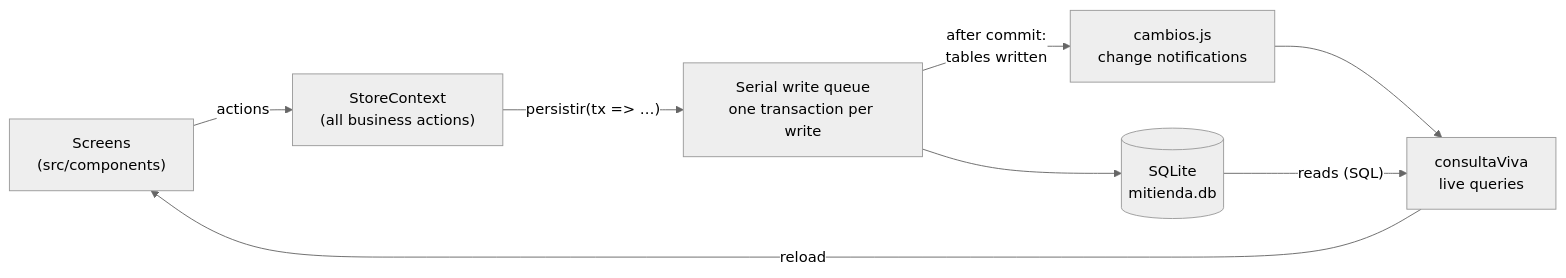
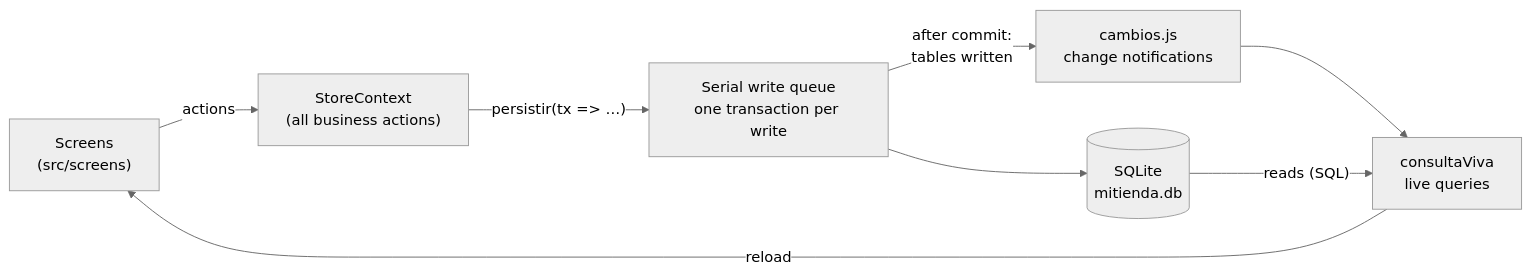
One commit to sosagonzales0409-max/LudyShop changed the diagram in README.md. Above: the diagram before and after it, drawn with Mermaid (neutral theme). The commit also changed other lines of this file and 89 other files, not shown here.

First line of the commit message:
Reorganiza src/components en screens, modals, ui y navigation

````diff
--- a/README.md
+++ b/README.md
@@ -76,10 +76,10 @@
 ```mermaid
 flowchart LR
-    UI["Screens<br/>(src/components)"] -->|actions| CTX["StoreContext<br/>(all business actions)"]
+    UI["Screens<br/>(src/screens)"] -->|actions| CTX["StoreContext<br/>(all business actions)"]
     CTX -->|"persistir(tx => …)"| Q["Serial write queue<br/>one transaction per write"]
     Q --> DB[("SQLite<br/>mitienda.db")]
     Q -->|"after commit:<br/>tables written"| EV["cambios.js<br/>change notifications"]
     EV --> LIVE["consultaViva<br/>live queries"]
     LIVE -->|reload| UI
     DB -->|"reads (SQL)"| LIVE
 ```
````
